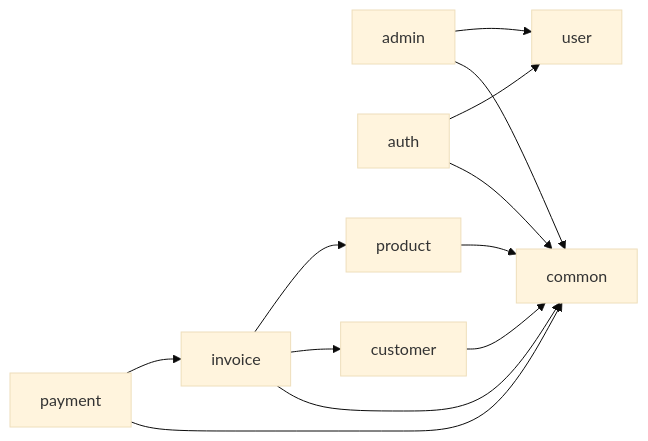
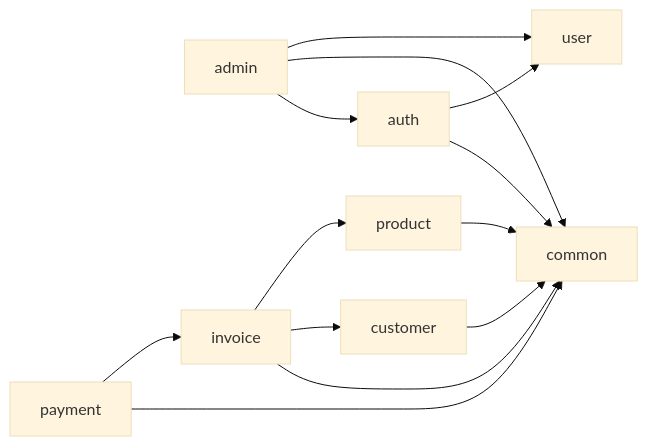
One commit to BrahimNJ/InvoiceFlow changed the first of 3 diagrams in docs/architecture.md. Above: the diagram before and after it, drawn with Mermaid (base theme). The commit also changed 2 other files, not shown here.

Commit message:
feat(admin): suspend and reactivate another account
Suspending ends every session of the account at once; its access token
still works for at most 15 minutes outside the back-office (ADR 0010).

Refs #46

````diff
--- a/docs/architecture.md
+++ b/docs/architecture.md
@@ -31,14 +31,15 @@
 ```mermaid
 flowchart LR
+    admin --> auth
     admin --> common
     admin --> user
     auth --> common
     auth --> user
     customer --> common
     invoice --> common
     invoice --> customer
     invoice --> product
     payment --> common
     payment --> invoice
     product --> common
 ```
````
